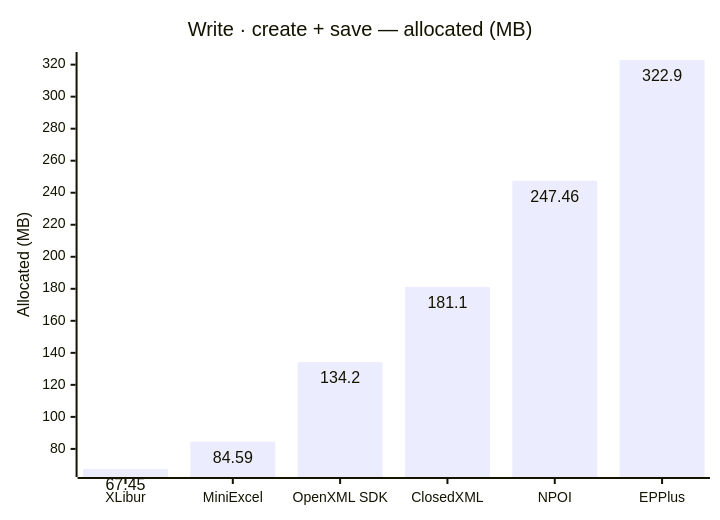
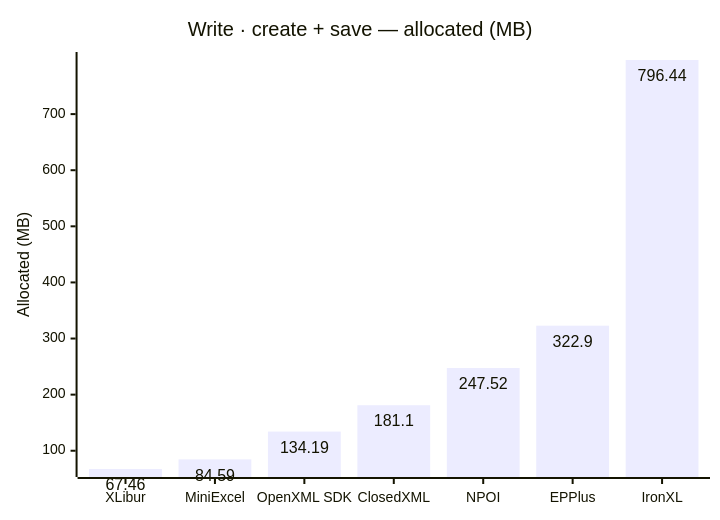
The sixth of 8 diagrams in docs/results.md (jafin/XLBench), drawn with Mermaid before and after one commit. The commit also changed other lines of this file and 17 other files, not shown here.

````diff
--- a/docs/results.md
+++ b/docs/results.md
@@ -99,12 +100,12 @@
 ```mermaid
 ---
 config:
   xyChart:
     showDataLabel: true
 ---
 xychart-beta
     title "Write · create + save — allocated (MB)"
-    x-axis ["XLibur", "MiniExcel", "OpenXML SDK", "ClosedXML", "NPOI", "EPPlus"]
+    x-axis ["XLibur", "MiniExcel", "OpenXML SDK", "ClosedXML", "NPOI", "EPPlus", "IronXL"]
     y-axis "Allocated (MB)"
-    bar [67.45, 84.59, 134.2, 181.1, 247.46, 322.9]
+    bar [67.46, 84.59, 134.19, 181.1, 247.52, 322.9, 796.44]
 ```
````
